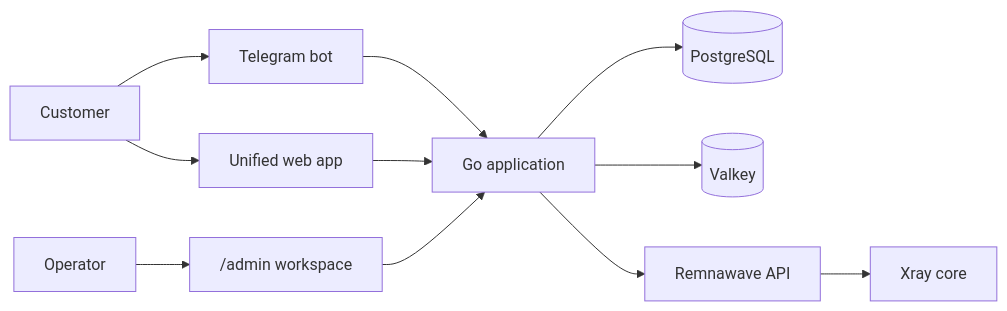
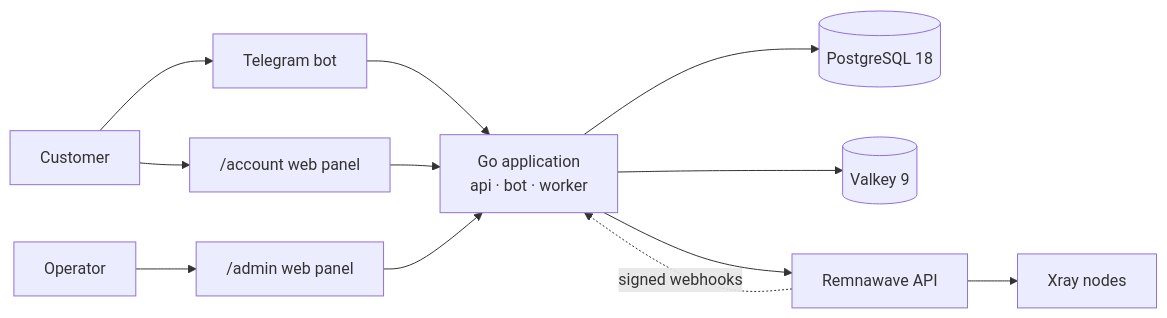
The diagram in README.md (kewldan/omniflow), drawn with Mermaid before and after one commit. The commit also changed other lines of this file and 8 other files, not shown here.

````diff
--- a/README.md
+++ b/README.md
@@ -70,13 +168,14 @@
 ```mermaid
 flowchart LR
     Customer["Customer"] --> Telegram["Telegram bot"]
-    Customer --> Web["Unified web app"]
-    Operator["Operator"] --> Admin["/admin workspace"]
-    Telegram --> API["Go application"]
-    Web --> API
+    Customer --> Account["/account web panel"]
+    Operator["Operator"] --> Admin["/admin web panel"]
+    Telegram --> API["Go application<br/>api · bot · worker"]
+    Account --> API
     Admin --> API
-    API --> PostgreSQL[("PostgreSQL")]
-    API --> Valkey[("Valkey")]
+    API --> PostgreSQL[("PostgreSQL 18")]
+    API --> Valkey[("Valkey 9")]
     API --> Remnawave["Remnawave API"]
-    Remnawave --> Xray["Xray core"]
+    Remnawave -. "signed webhooks" .-> API
+    Remnawave --> Xray["Xray nodes"]
 ```
````
